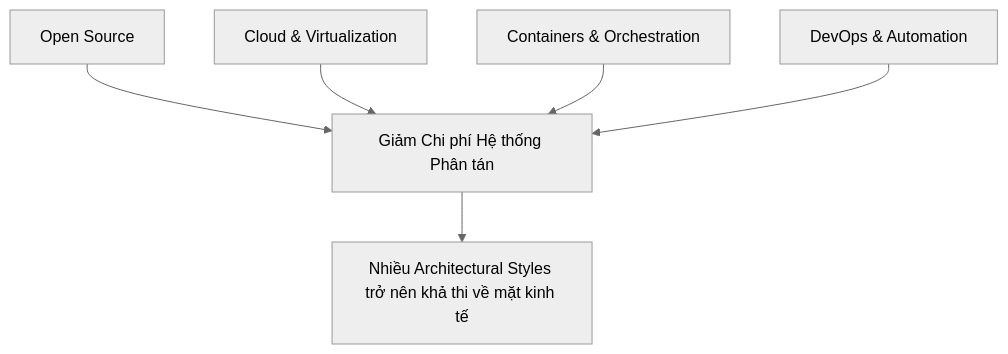
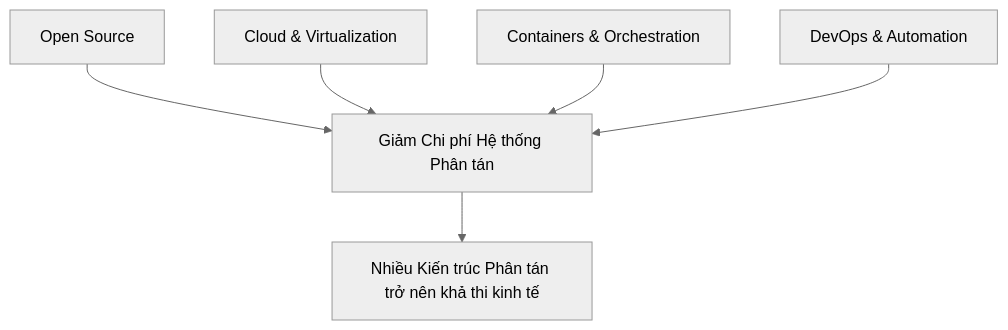
The sixth of 6 diagrams in release/software_architecture/00_introduction/01_architectural_context.md (MaiTheHao/docs), drawn with Mermaid (neutral theme) before and after one commit. The commit also changed other lines of this file and 7 other files, not shown here.

````diff
--- a/release/software_architecture/00_introduction/01_architectural_context.md
+++ b/release/software_architecture/00_introduction/01_architectural_context.md
@@ -171,11 +159,11 @@
 ```mermaid
 graph TD
     accTitle: Sự Tổng hòa Các Yếu tố Khả thi Kiến trúc Hiện đại
     accDescr: Sơ đồ thể hiện sự kết hợp giữa Open Source, Cloud, Container và DevOps tạo nên tính khả thi của kiến trúc phân tán
 
     openSource["Open Source"] --> lowCost["Giảm Chi phí Hệ thống Phân tán"]
     cloudTech["Cloud & Virtualization"] --> lowCost
     containerTech["Containers & Orchestration"] --> lowCost
     devOpsOps["DevOps & Automation"] --> lowCost
-    lowCost --> feasibleArch["Nhiều Architectural Styles trở nên khả thi về mặt kinh tế"]
+    lowCost --> feasibleArch["Nhiều Kiến trúc Phân tán trở nên khả thi kinh tế"]
 ```
````
